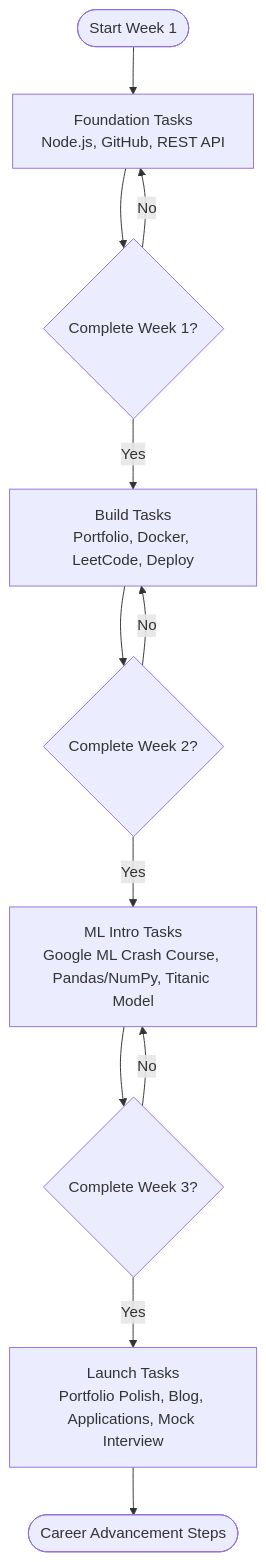
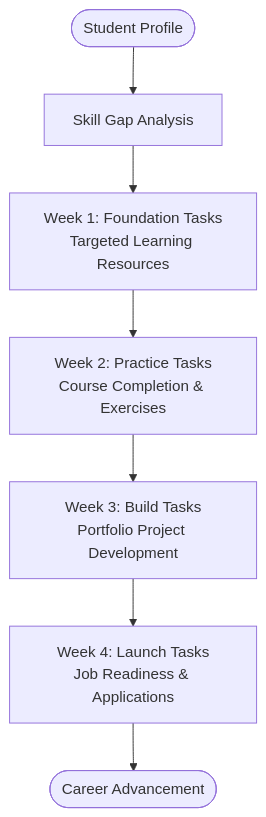
One commit to Alishba-Moin/CareerCompass changed the third of 4 diagrams in .qoder/repowiki/en/content/Core Features/Action Planning System.md. Above: the diagram before and after it, drawn with Mermaid. The commit also changed other lines of this file and 38 other files, not shown here.

Commit message:
Add Roadmap pdf download option

````diff
--- a/.qoder/repowiki/en/content/Core Features/Action Planning System.md
+++ b/.qoder/repowiki/en/content/Core Features/Action Planning System.md
@@ -130,14 +140,9 @@
 ```mermaid
 flowchart TD
-Start(["Start Week 1"]) --> W1["Foundation Tasks<br/>Node.js, GitHub, REST API"]
-W1 --> W2{"Complete Week 1?"}
-W2 --> |Yes| W2T["Build Tasks<br/>Portfolio, Docker, LeetCode, Deploy"]
-W2 --> |No| W1
-W2T --> W3{"Complete Week 2?"}
-W3 --> |Yes| W3T["ML Intro Tasks<br/>Google ML Crash Course, Pandas/NumPy, Titanic Model"]
-W3 --> |No| W2T
-W3T --> W4{"Complete Week 3?"}
-W4 --> |Yes| W4T["Launch Tasks<br/>Portfolio Polish, Blog, Applications, Mock Interview"]
-W4 --> |No| W3T
-W4T --> End(["Career Advancement Steps"])
+Start(["Student Profile"]) --> Gap["Skill Gap Analysis"]
+Gap --> Week1["Week 1: Foundation Tasks<br/>Targeted Learning Resources"]
+Week1 --> Week2["Week 2: Practice Tasks<br/>Course Completion & Exercises"]
+Week2 --> Week3["Week 3: Build Tasks<br/>Portfolio Project Development"]
+Week3 --> Week4["Week 4: Launch Tasks<br/>Job Readiness & Applications"]
+Week4 --> End(["Career Advancement"])
 ```
````
